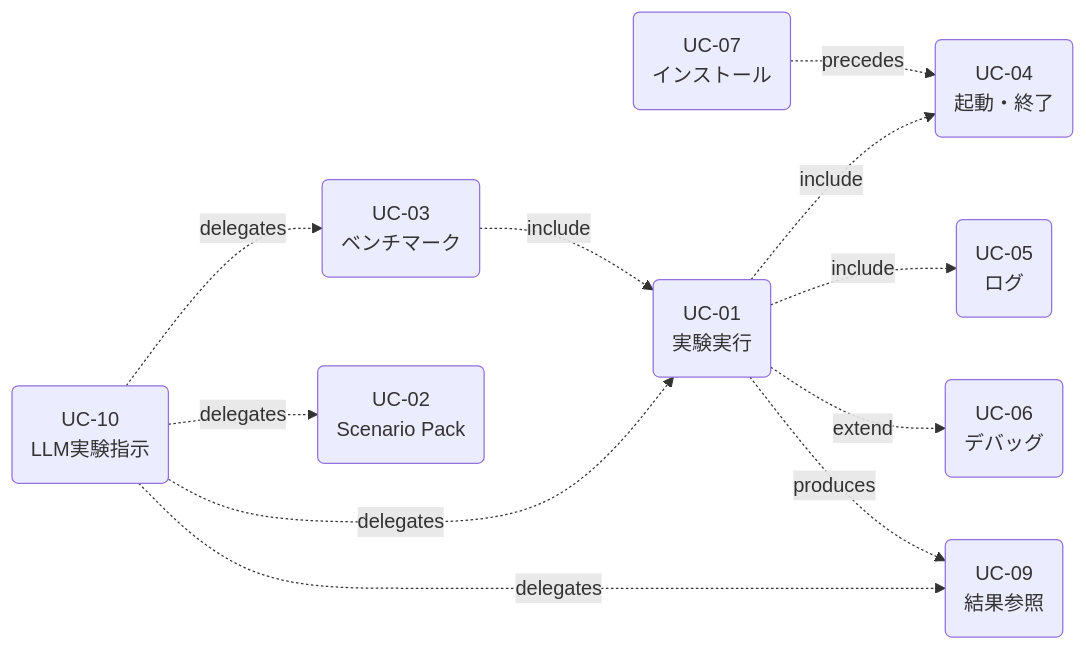
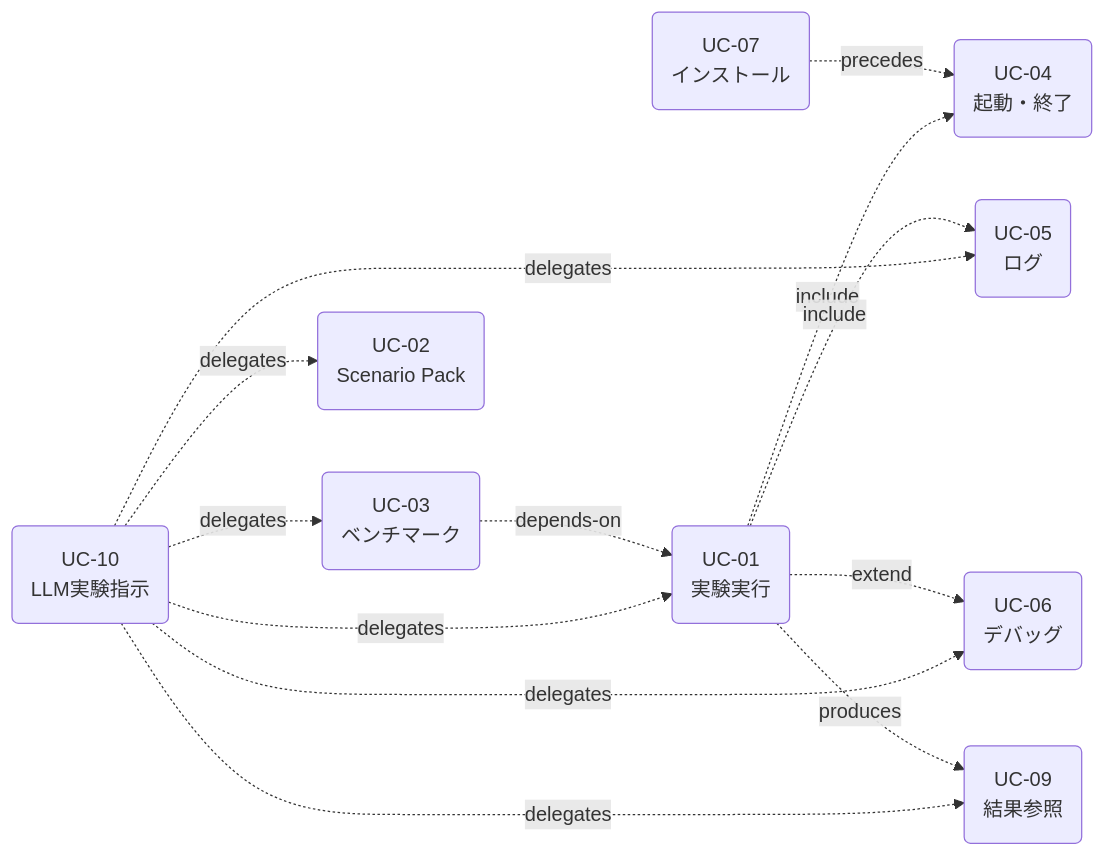
Before and after one commit to bottlenome/gridflow: the second of 15 diagrams in docs/architecture/04_dynamic_view.md, drawn with Mermaid. The commit also changed other lines of this file, not shown here.

First line of the commit message:
docs: fix UC diagram ordering and 7 internal inconsistencies

````diff
--- a/docs/architecture/04_dynamic_view.md
+++ b/docs/architecture/04_dynamic_view.md
@@ -72,13 +64,15 @@
 ```mermaid
 graph LR
     UC07("UC-07<br>インストール") -.->|precedes| UC04("UC-04<br>起動・終了")
     UC01("UC-01<br>実験実行") -.->|include| UC04
     UC01 -.->|include| UC05("UC-05<br>ログ")
     UC01 -.->|extend| UC06("UC-06<br>デバッグ")
     UC01 -.->|produces| UC09("UC-09<br>結果参照")
-    UC03("UC-03<br>ベンチマーク") -.->|include| UC01
+    UC03("UC-03<br>ベンチマーク") -.->|depends-on| UC01
     UC10("UC-10<br>LLM実験指示") -.->|delegates| UC01
     UC10 -.->|delegates| UC02("UC-02<br>Scenario Pack")
     UC10 -.->|delegates| UC03
+    UC10 -.->|delegates| UC05("UC-05<br>ログ")
+    UC10 -.->|delegates| UC06("UC-06<br>デバッグ")
     UC10 -.->|delegates| UC09
 ```
````
